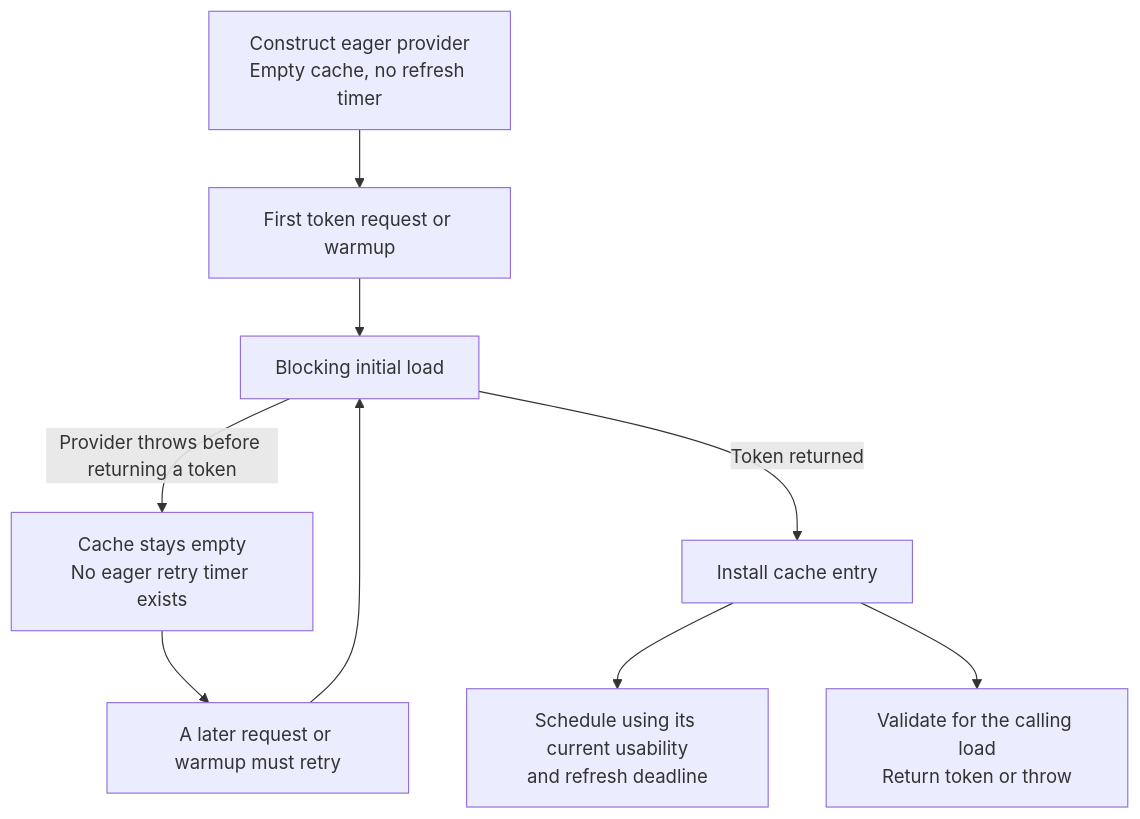
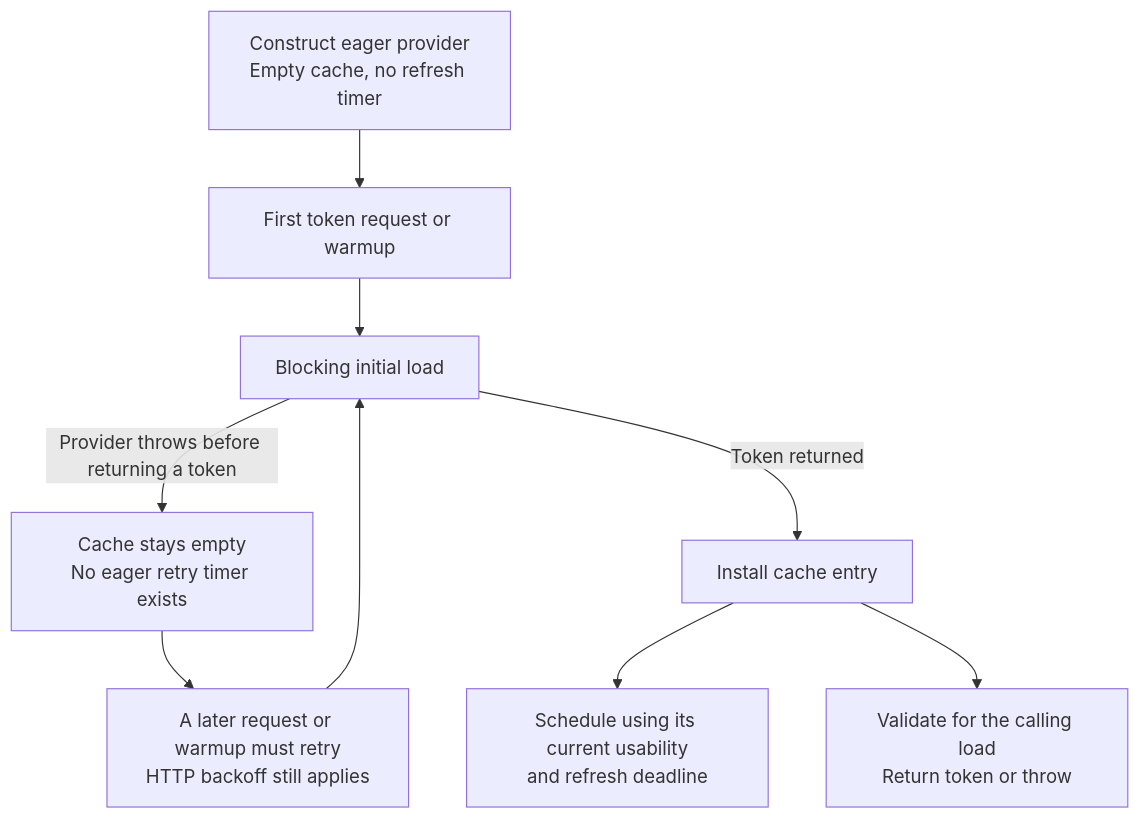
Before and after one commit to entur/jwt-resource-server: the first of 11 diagrams in jwt-client/docs/eager-preemptive-refresh/README.md, drawn with Mermaid. The commit also changed other lines of this file and 39 other files, not shown here.

````diff
--- a/jwt-client/docs/eager-preemptive-refresh/README.md
+++ b/jwt-client/docs/eager-preemptive-refresh/README.md
@@ -25,11 +25,11 @@
 ```mermaid
 flowchart TD
     New["Construct eager provider<br/>Empty cache, no refresh timer"] --> Trigger["First token request or warmup"]
     Trigger --> Load["Blocking initial load"]
     Load -->|Provider throws before returning a token| Empty["Cache stays empty<br/>No eager retry timer exists"]
-    Empty --> Later["A later request or warmup must retry"]
+    Empty --> Later["A later request or warmup must retry<br/>HTTP backoff still applies"]
     Later --> Load
     Load -->|Token returned| Cache["Install cache entry"]
     Cache --> Schedule["Schedule using its current usability<br/>and refresh deadline"]
     Cache --> Validate["Validate for the calling load<br/>Return token or throw"]
 ```
````
